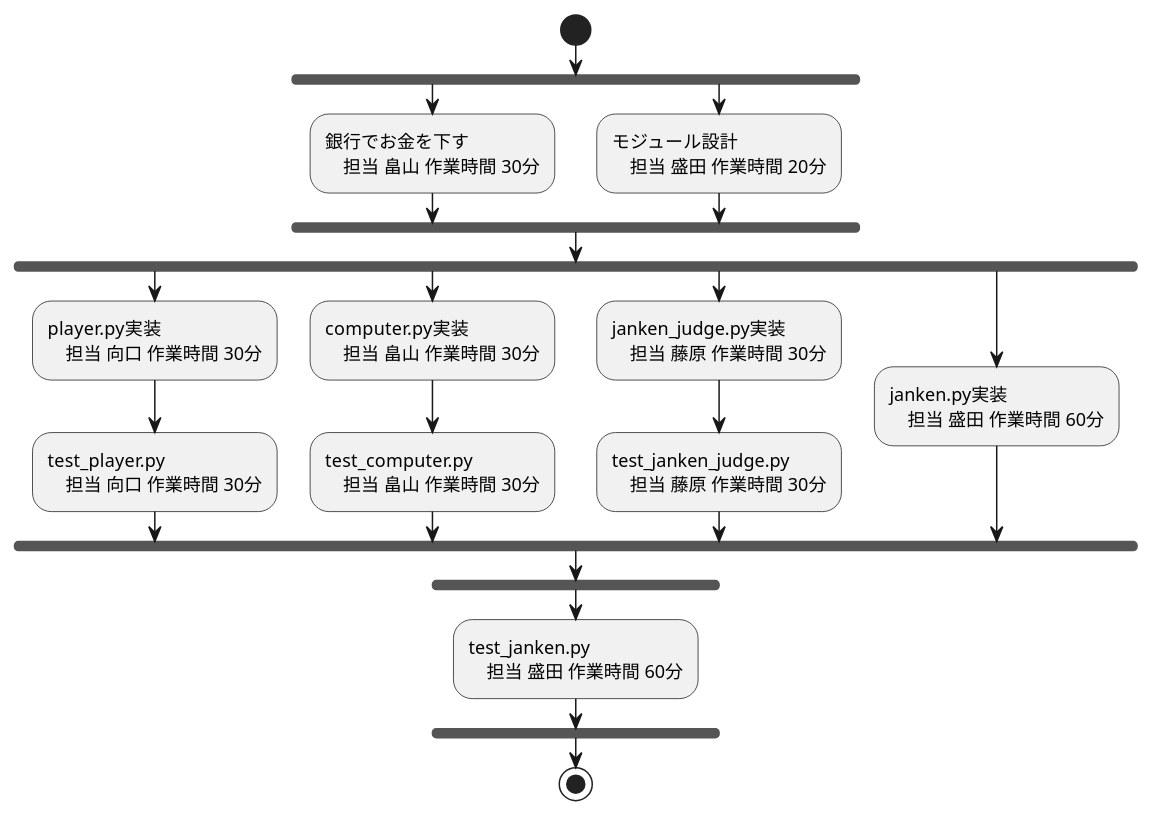
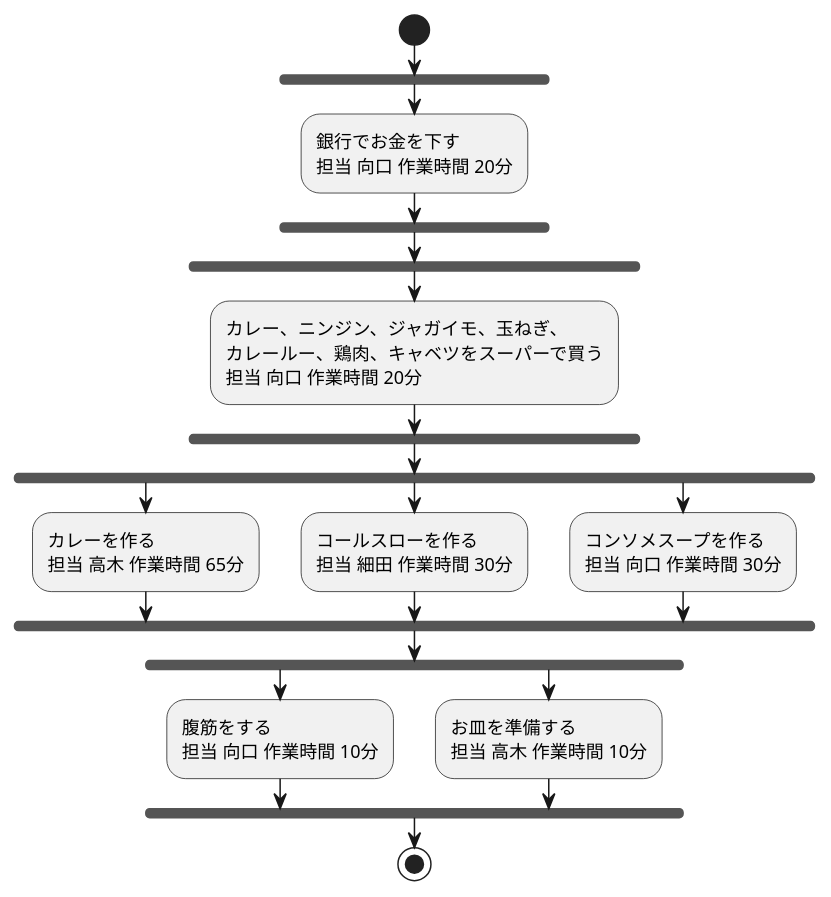
Before and after one commit to Morijyobi-guchi/dinner_project: the diagram in 依存関係図_夕食をつくる.pu, drawn with PlantUML.

Commit message:
夕食を作るアクティビティ図

```diff
--- a/依存関係図_夕食をつくる.pu
+++ b/依存関係図_夕食をつくる.pu
@@ -1,34 +1,28 @@
 @startuml sample
 start
 fork
   :銀行でお金を下す
-  　担当 畠山 作業時間 30分;
-fork again
-  :モジュール設計
-  　担当 盛田 作業時間 20分;
+  担当 向口 作業時間 20分;
 end fork
 fork
-  :player.py実装
-  　担当 向口 作業時間 30分;
-  :test_player.py
-  　担当 向口 作業時間 30分;
-fork again
-  :computer.py実装
-  　担当 畠山 作業時間 30分;
-  :test_computer.py
-  　担当 畠山 作業時間 30分;
-fork again
-  :janken_judge.py実装
-  　担当 藤原 作業時間 30分;
-  :test_janken_judge.py
-  　担当 藤原 作業時間 30分;
-fork again
-  :janken.py実装
-  　担当 盛田 作業時間 60分;
+  :カレー、ニンジン、ジャガイモ、玉ねぎ、\nカレールー、鶏肉、キャベツをスーパーで買う\n担当 向口 作業時間 20分;
 end fork
 fork
-  :test_janken.py
-  　担当 盛田 作業時間 60分;
+  :カレーを作る
+  担当 高木 作業時間 65分;
+fork again
+  :コールスローを作る
+  担当 細田 作業時間 30分;
+fork again
+  :コンソメスープを作る
+  担当 向口 作業時間 30分;
+end fork
+fork
+  :腹筋をする
+  担当 向口 作業時間 10分;
+fork again
+  :お皿を準備する
+  担当 高木 作業時間 10分;
 end fork
 stop
 @enduml
```
